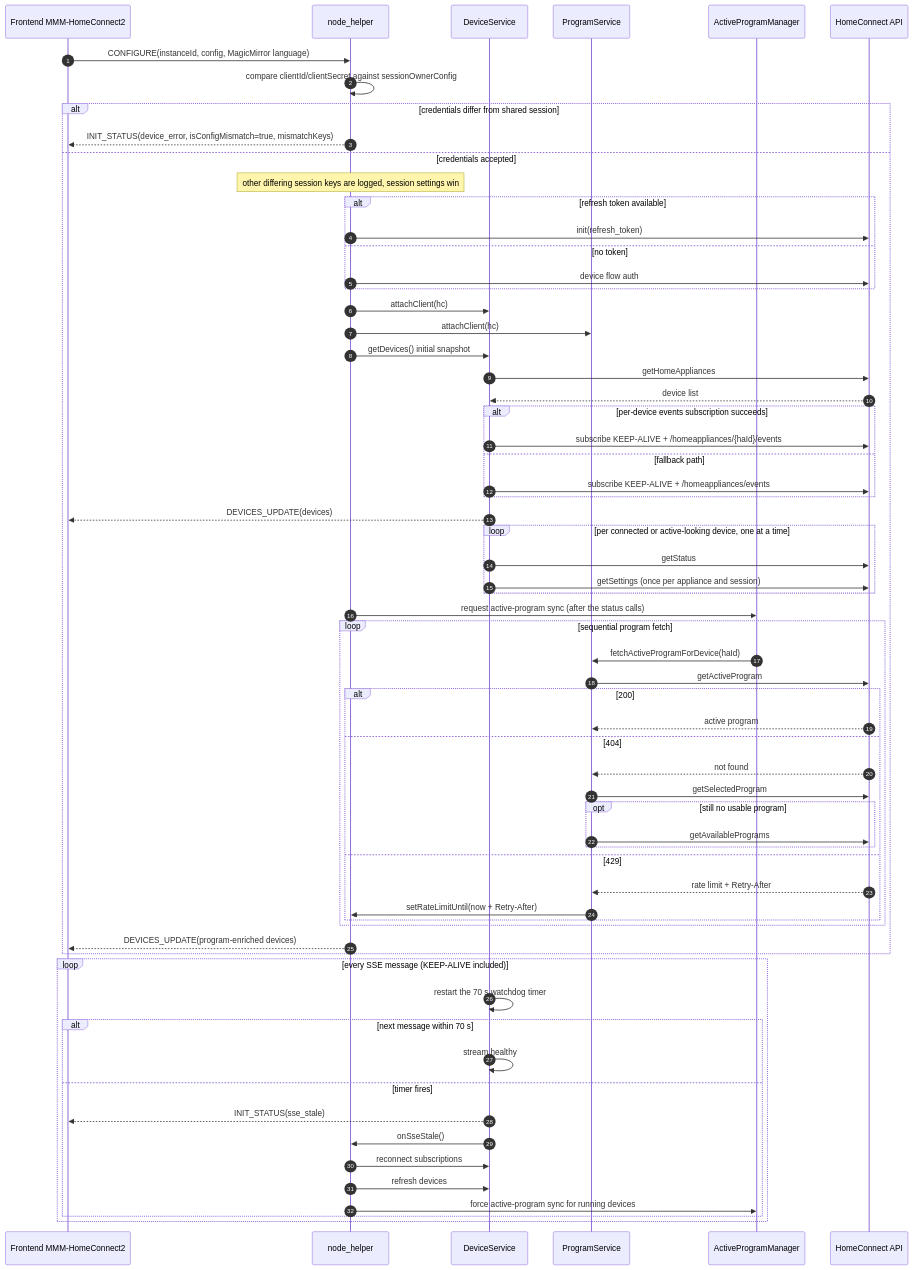
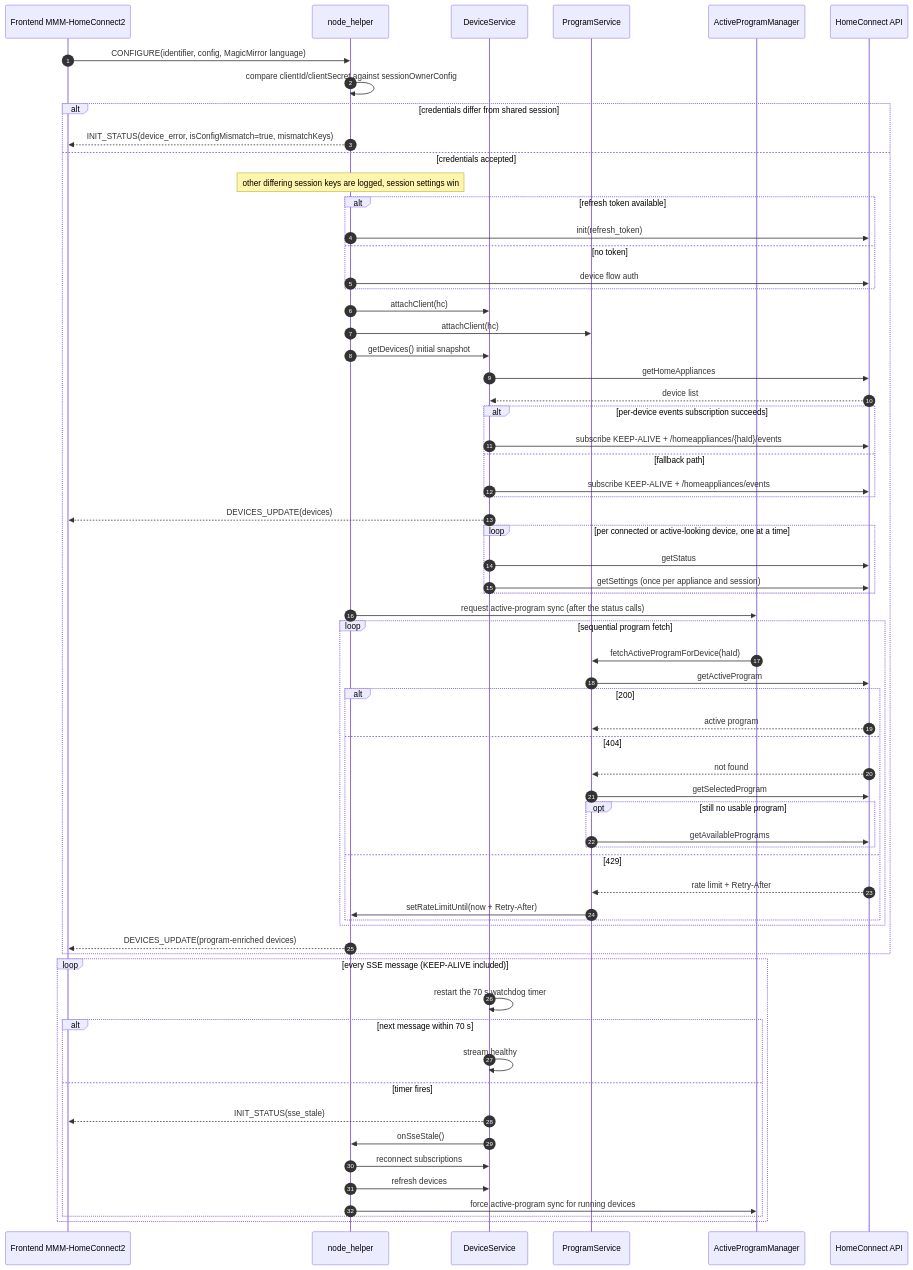
Before and after one commit to HeikoGr/MMM-HomeConnect2: the second of 2 diagrams in docs/api-call-and-event-flow-diagrams.md, drawn with Mermaid. The commit also changed 17 other files, not shown here.

````diff
--- a/docs/api-call-and-event-flow-diagrams.md
+++ b/docs/api-call-and-event-flow-diagrams.md
@@ -77,75 +77,75 @@
 ```mermaid
 sequenceDiagram
   autonumber
   participant FE as Frontend MMM-HomeConnect2
   participant NH as node_helper
   participant DS as DeviceService
   participant PS as ProgramService
   participant APM as ActiveProgramManager
   participant HC as HomeConnect API
 
-  FE->>NH: CONFIGURE(instanceId, config, MagicMirror language)
+  FE->>NH: CONFIGURE(identifier, config, MagicMirror language)
   NH->>NH: compare clientId/clientSecret against sessionOwnerConfig
 
   alt credentials differ from shared session
     NH-->>FE: INIT_STATUS(device_error, isConfigMismatch=true, mismatchKeys)
   else credentials accepted
     Note over NH: other differing session keys are logged, session settings win
     alt refresh token available
       NH->>HC: init(refresh_token)
     else no token
       NH->>HC: device flow auth
     end
 
     NH->>DS: attachClient(hc)
     NH->>PS: attachClient(hc)
     NH->>DS: getDevices() initial snapshot
 
     DS->>HC: getHomeAppliances
     HC-->>DS: device list
     alt per-device events subscription succeeds
       DS->>HC: subscribe KEEP-ALIVE + /homeappliances/{haId}/events
     else fallback path
       DS->>HC: subscribe KEEP-ALIVE + /homeappliances/events
     end
 
     DS-->>FE: DEVICES_UPDATE(devices)
     loop per connected or active-looking device, one at a time
       DS->>HC: getStatus
       DS->>HC: getSettings (once per appliance and session)
     end
     NH->>APM: request active-program sync (after the status calls)
 
     loop sequential program fetch
       APM->>PS: fetchActiveProgramForDevice(haId)
       PS->>HC: getActiveProgram
       alt 200
         HC-->>PS: active program
       else 404
         HC-->>PS: not found
         PS->>HC: getSelectedProgram
         opt still no usable program
           PS->>HC: getAvailablePrograms
         end
       else 429
         HC-->>PS: rate limit + Retry-After
         PS->>NH: setRateLimitUntil(now + Retry-After)
       end
     end
 
     NH-->>FE: DEVICES_UPDATE(program-enriched devices)
   end
 
   loop every SSE message (KEEP-ALIVE included)
     DS->>DS: restart the 70 s watchdog timer
     alt next message within 70 s
       DS->>DS: stream healthy
     else timer fires
       DS-->>FE: INIT_STATUS(sse_stale)
       DS->>NH: onSseStale()
       NH->>DS: reconnect subscriptions
       NH->>DS: refresh devices
       NH->>APM: force active-program sync for running devices
     end
   end
 ```
````
